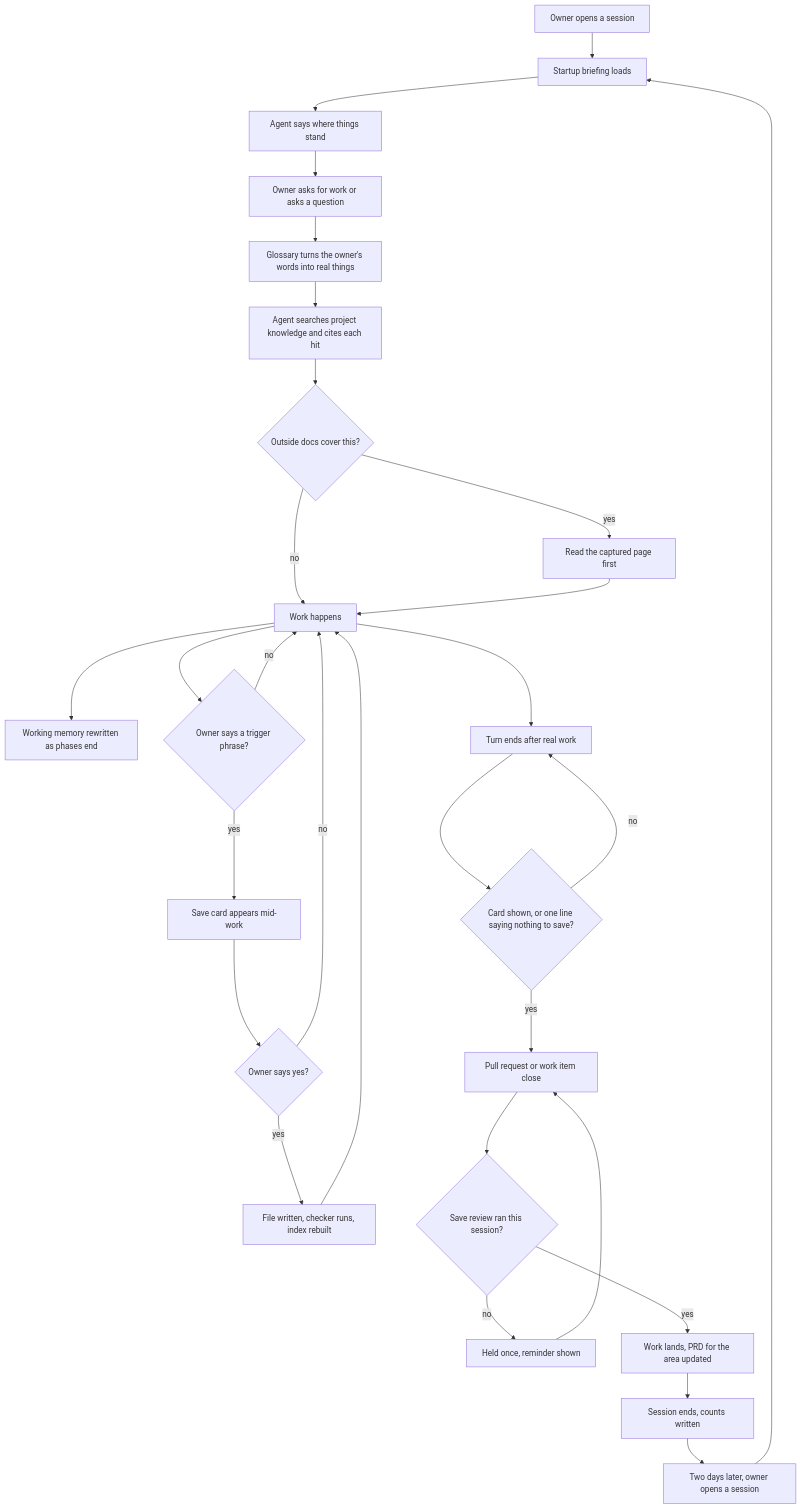
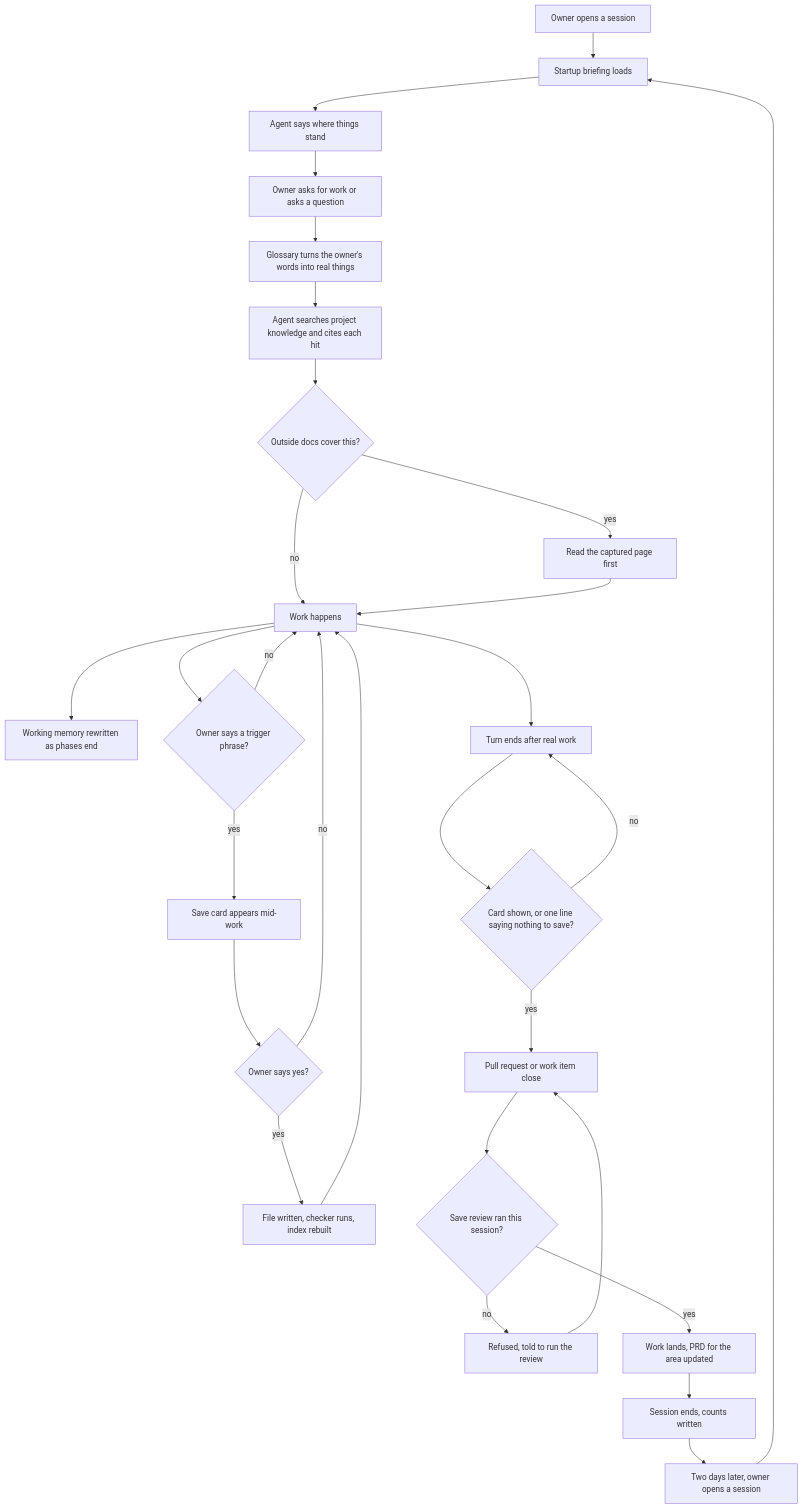
The diagram in knowledge/prds/knowledge-system.md (Mar5929/claude-toolkit), drawn with Mermaid before and after one commit. The commit also changed other lines of this file, not shown here.

Commit message:
PRD step 6: the pull request and close hold stays until the save review is done, not held once

````diff
--- a/knowledge/prds/knowledge-system.md
+++ b/knowledge/prds/knowledge-system.md
@@ -103,31 +103,31 @@
 ```mermaid
 flowchart TD
     A[Owner opens a session] --> B[Startup briefing loads]
     B --> C[Agent says where things stand]
     C --> D[Owner asks for work or asks a question]
     D --> E[Glossary turns the owner's words into real things]
     E --> F[Agent searches project knowledge and cites each hit]
     F --> G{Outside docs cover this?}
     G -- yes --> H[Read the captured page first]
     G -- no --> I
     H --> I[Work happens]
     I --> J[Working memory rewritten as phases end]
     I --> K{Owner says a trigger phrase?}
     K -- yes --> L[Save card appears mid-work]
     L --> M{Owner says yes?}
     M -- yes --> N[File written, checker runs, index rebuilt]
     M -- no --> I
     N --> I
     K -- no --> I
     I --> O[Turn ends after real work]
     O --> P{Card shown, or one line saying nothing to save?}
     P -- no --> O
     P -- yes --> Q[Pull request or work item close]
     Q --> R{Save review ran this session?}
-    R -- no --> S[Held once, reminder shown]
+    R -- no --> S[Refused, told to run the review]
     S --> Q
     R -- yes --> T[Work lands, PRD for the area updated]
     T --> U[Session ends, counts written]
     U --> V[Two days later, owner opens a session]
     V --> B
 ```
````
